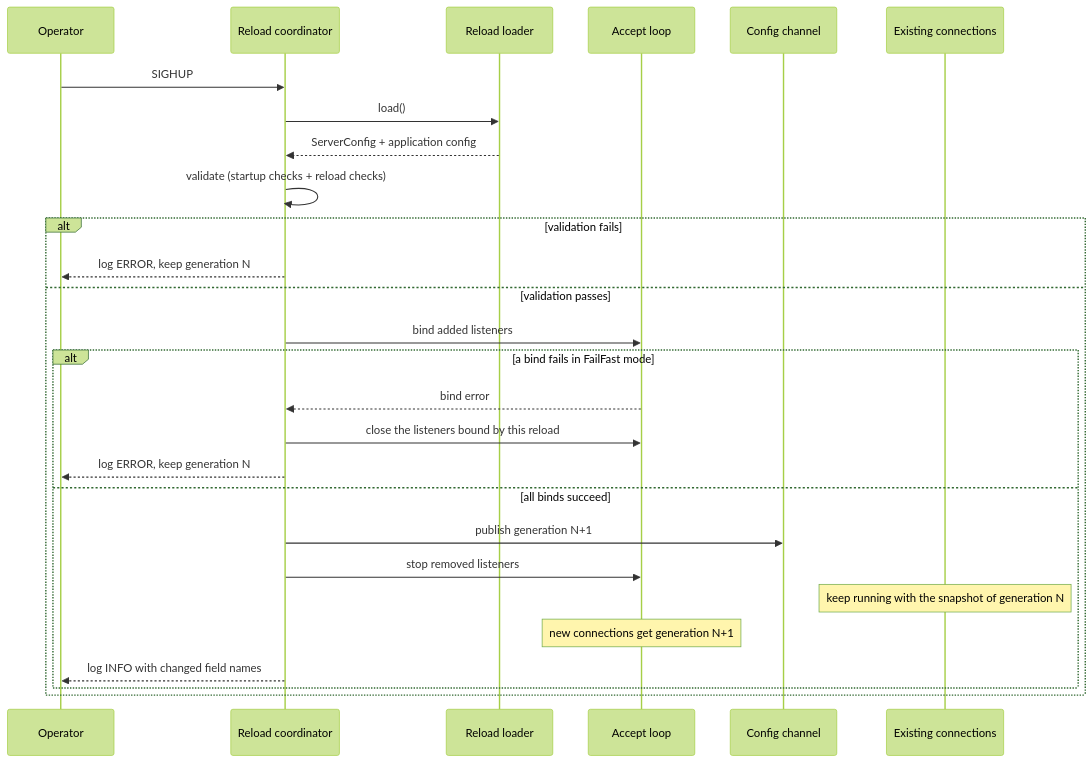
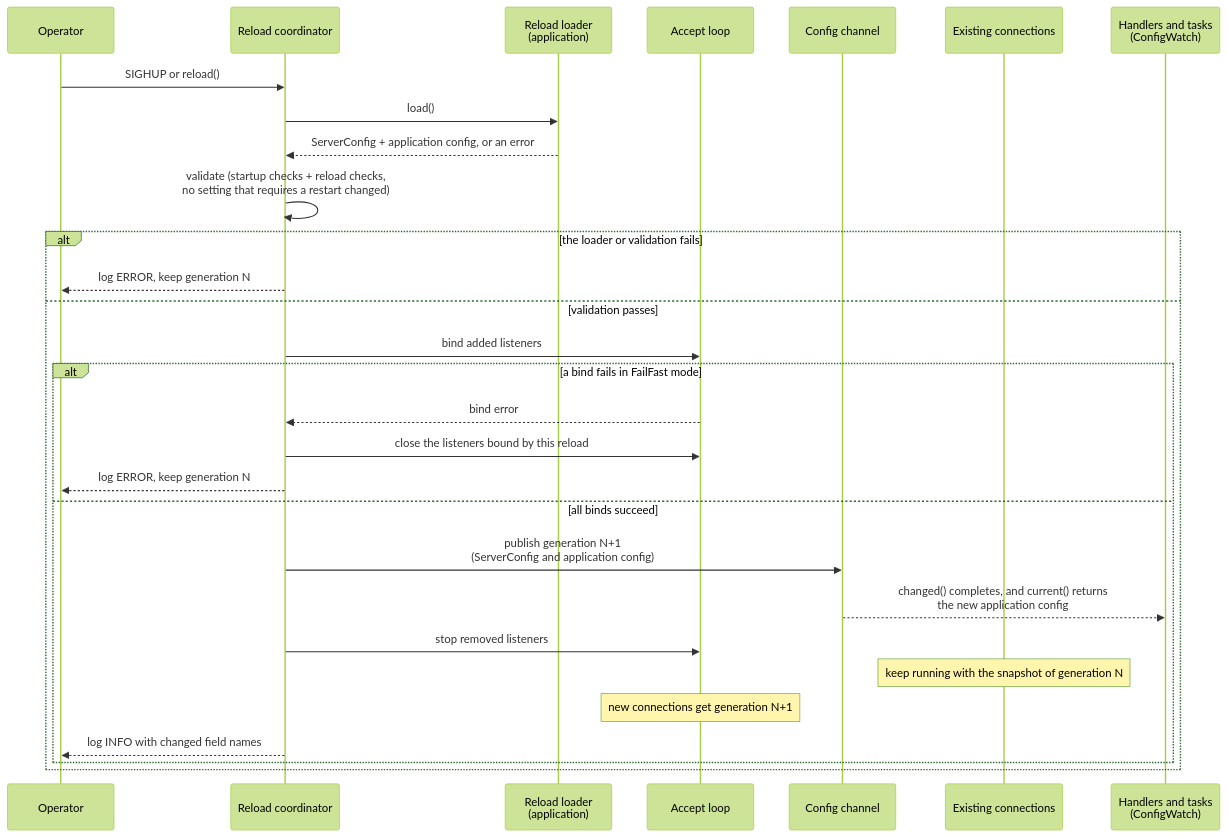
The second of 3 diagrams in docs/reference/hot-reload.md (photom/rust-milter), drawn with Mermaid (forest theme) before and after one commit. The commit also changed other lines of this file and 3 other files, not shown here.

First line of the commit message:
Document what a reload loader must not do, and show ConfigWatch in the reload sequence (#15)

````diff
--- a/docs/reference/hot-reload.md
+++ b/docs/reference/hot-reload.md
@@ -70,30 +70,32 @@
 ```mermaid
 sequenceDiagram
     participant Op as Operator
     participant Coord as Reload coordinator
-    participant Loader as Reload loader
+    participant Loader as Reload loader<br/>(application)
     participant Acc as Accept loop
     participant Ch as Config channel
     participant Conn as Existing connections
+    participant H as Handlers and tasks<br/>(ConfigWatch)
 
-    Op->>Coord: SIGHUP
+    Op->>Coord: SIGHUP or reload()
     Coord->>Loader: load()
-    Loader-->>Coord: ServerConfig + application config
-    Coord->>Coord: validate (startup checks + reload checks)
-    alt validation fails
+    Loader-->>Coord: ServerConfig + application config, or an error
+    Coord->>Coord: validate (startup checks + reload checks,<br/>no setting that requires a restart changed)
+    alt the loader or validation fails
         Coord-->>Op: log ERROR, keep generation N
     else validation passes
         Coord->>Acc: bind added listeners
         alt a bind fails in FailFast mode
             Acc-->>Coord: bind error
             Coord->>Acc: close the listeners bound by this reload
             Coord-->>Op: log ERROR, keep generation N
         else all binds succeed
-            Coord->>Ch: publish generation N+1
+            Coord->>Ch: publish generation N+1<br/>(ServerConfig and application config)
+            Ch-->>H: changed() completes, and current() returns<br/>the new application config
             Coord->>Acc: stop removed listeners
             Note over Conn: keep running with the snapshot of generation N
             Note over Acc: new connections get generation N+1
             Coord-->>Op: log INFO with changed field names
         end
     end
 ```
````
